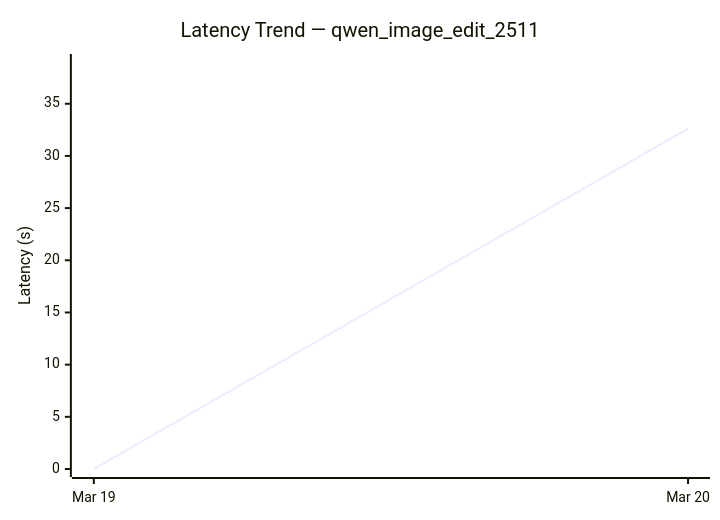
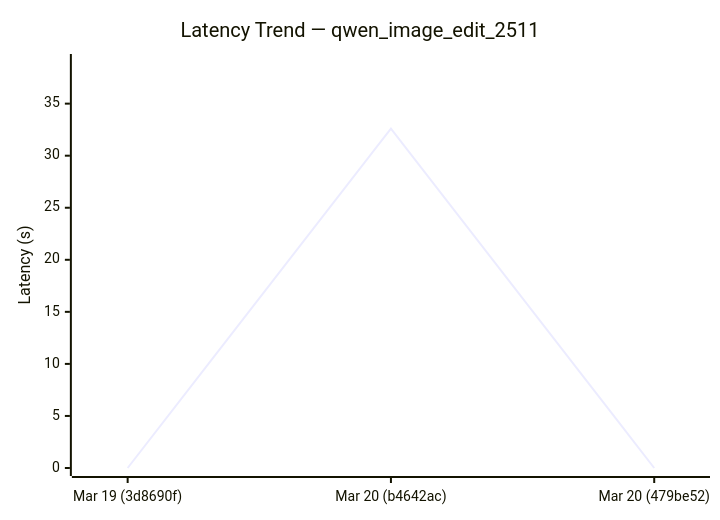
Before and after one commit to sglang-bot/sglang-ci-data: the fourth of 9 diagrams in diffusion-comparisons/dashboard.md, drawn with Mermaid. The commit also changed other lines of this file and 1 other file, not shown here.

````diff
--- a/diffusion-comparisons/dashboard.md
+++ b/diffusion-comparisons/dashboard.md
@@ -67,7 +68,7 @@
 ```mermaid
 xychart-beta
   title "Latency Trend — qwen_image_edit_2511"
-  x-axis ["Mar 19", "Mar 20"]
+  x-axis ["Mar 19 (3d8690f)", "Mar 20 (b4642ac)", "Mar 20 (479be52)"]
   y-axis "Latency (s)" 0 --> 39
-  line [0.00, 32.61]
+  line [0.00, 32.61, 0.00]
 ```
````
